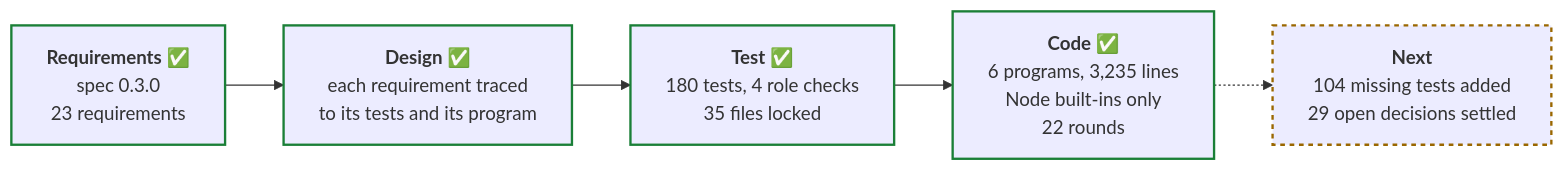
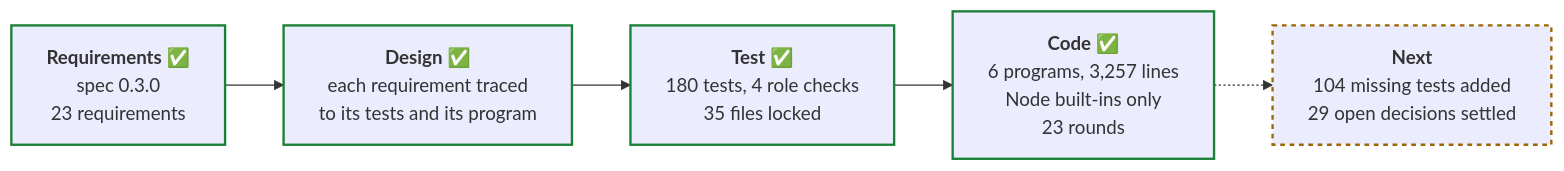
Before and after one commit to PaulDuvall/adlc-security-reviewer: the third of 4 diagrams in README.md, drawn with Mermaid. The commit also changed other lines of this file and 4 other files, not shown here.

````diff
--- a/README.md
+++ b/README.md
@@ -285,13 +277,13 @@
 ```mermaid
 flowchart LR
   req["<b>Requirements</b> ✅<br/>spec 0.3.0<br/>23 requirements"]
   des["<b>Design</b> ✅<br/>each requirement traced<br/>to its tests and its program"]
   tst["<b>Test</b> ✅<br/>180 tests, 4 role checks<br/>35 files locked"]
-  cod["<b>Code</b> ✅<br/>6 programs, 3,235 lines<br/>Node built-ins only<br/>22 rounds"]
+  cod["<b>Code</b> ✅<br/>6 programs, 3,257 lines<br/>Node built-ins only<br/>23 rounds"]
   nxt["<b>Next</b><br/>104 missing tests added<br/>29 open decisions settled"]
   req --> des --> tst --> cod -.-> nxt
   classDef done stroke:#1a7f37,stroke-width:2px
   classDef next stroke:#9a6700,stroke-width:2px,stroke-dasharray:4
   class req,des,tst,cod done
   class nxt next
 ```
````
